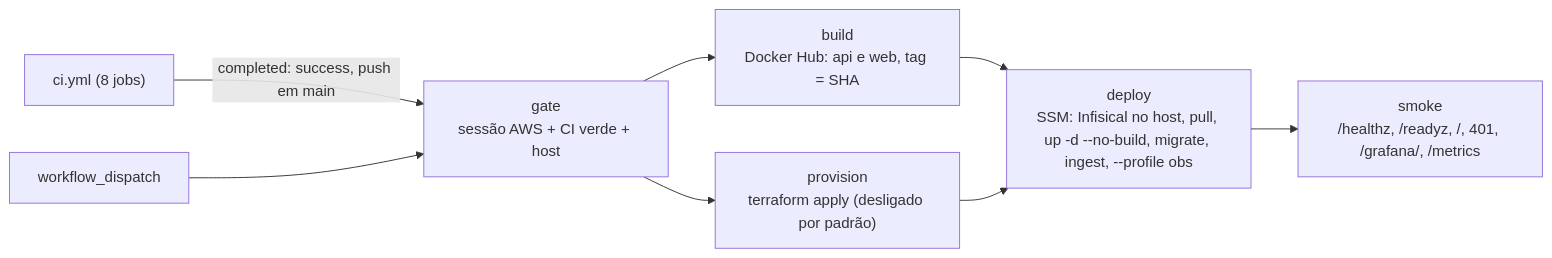
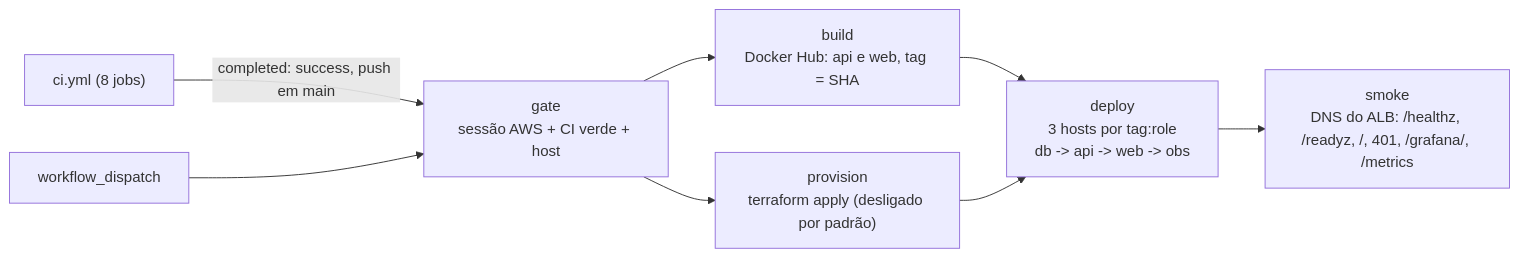
The diagram in docs/app/06-pipeline-deploy.md (emanuelrodrigues2005/skill-finder), drawn with Mermaid before and after one commit. The commit also changed other lines of this file and 2 other files, not shown here.

````diff
--- a/docs/app/06-pipeline-deploy.md
+++ b/docs/app/06-pipeline-deploy.md
@@ -14,10 +14,10 @@
 ```mermaid
 flowchart LR
   CI["ci.yml (8 jobs)"] -->|completed: success, push em main| GATE
   MANUAL["workflow_dispatch"] --> GATE
   GATE["gate<br/>sessão AWS + CI verde + host"] --> BUILD["build<br/>Docker Hub: api e web, tag = SHA"]
   GATE --> PROV["provision<br/>terraform apply (desligado por padrão)"]
-  BUILD --> DEPLOY["deploy<br/>SSM: Infisical no host, pull, up -d --no-build, migrate, ingest, --profile obs"]
+  BUILD --> DEPLOY["deploy<br/>3 hosts por tag:role<br/>db -> api -> web -> obs"]
   PROV --> DEPLOY
-  DEPLOY --> SMOKE["smoke<br/>/healthz, /readyz, /, 401, /grafana/, /metrics"]
+  DEPLOY --> SMOKE["smoke<br/>DNS do ALB: /healthz, /readyz, /, 401, /grafana/, /metrics"]
 ```
````
